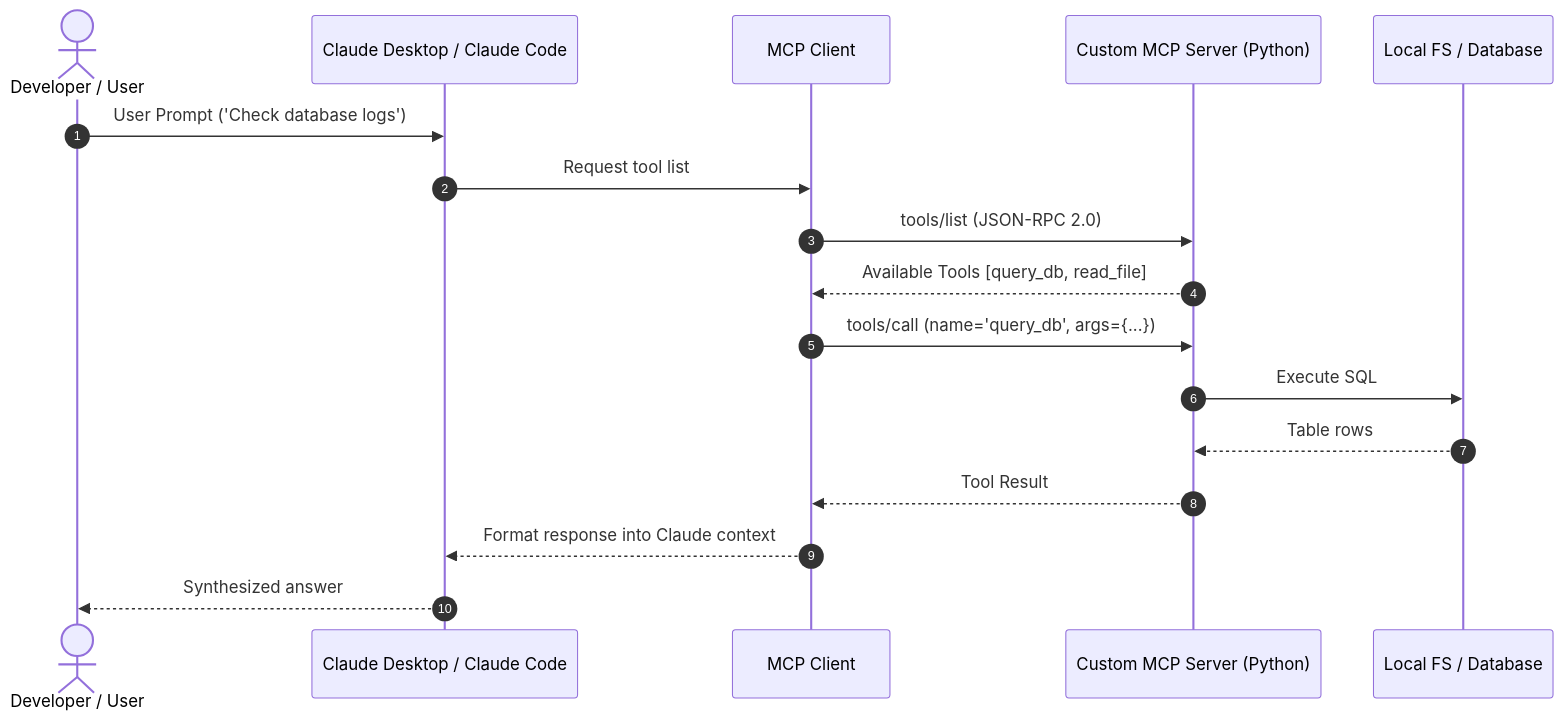
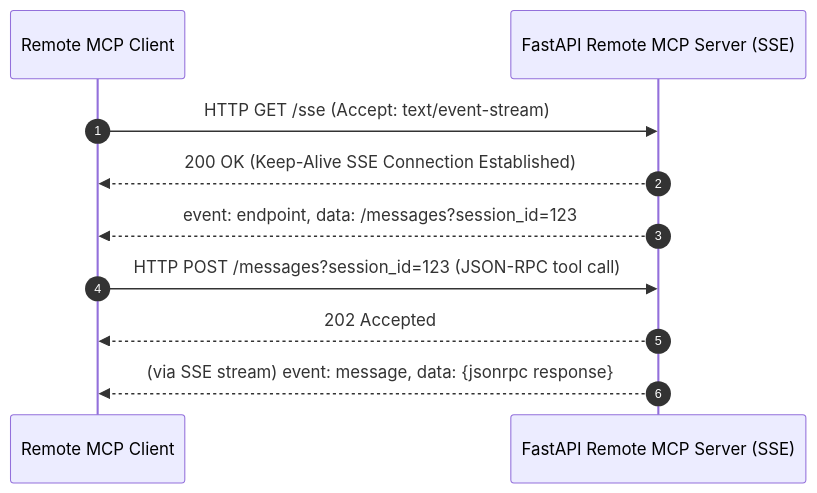
Before and after one commit to DeshDeepakKant/ai-engineering-docs: the diagram in docs/05-mcp-and-claude-code/01-model-context-protocol-campusx/07-how-to-build-deploy-remote-mcp-servers-m.md, drawn with Mermaid. The commit also changed other lines of this file and 182 other files, not shown here.

````diff
--- a/docs/05-mcp-and-claude-code/01-model-context-protocol-campusx/07-how-to-build-deploy-remote-mcp-servers-m.md
+++ b/docs/05-mcp-and-claude-code/01-model-context-protocol-campusx/07-how-to-build-deploy-remote-mcp-servers-m.md
@@ -35,20 +35,14 @@
 ```mermaid
 sequenceDiagram
     autonumber
-    actor Dev as Developer / User
-    participant Host as Claude Desktop / Claude Code
-    participant Client as MCP Client
-    participant Server as Custom MCP Server (Python)
-    participant Resource as Local FS / Database
+    participant Client as Remote MCP Client
+    participant Server as FastAPI Remote MCP Server (SSE)
 
-    Dev->>Host: User Prompt ('Check database logs')
-    Host->>Client: Request tool list
-    Client->>Server: tools/list (JSON-RPC 2.0)
-    Server-->>Client: Available Tools [query_db, read_file]
-    Client->>Server: tools/call (name='query_db', args={...})
-    Server->>Resource: Execute SQL
-    Resource-->>Server: Table rows
-    Server-->>Client: Tool Result
-    Client-->>Host: Format response into Claude context
-    Host-->>Dev: Synthesized answer
+    Client->>Server: HTTP GET /sse (Accept: text/event-stream)
+    Server-->>Client: 200 OK (Keep-Alive SSE Connection Established)
+    Server-->>Client: event: endpoint, data: /messages?session_id=123
+
+    Client->>Server: HTTP POST /messages?session_id=123 (JSON-RPC tool call)
+    Server-->>Client: 202 Accepted
+    Server-->>Client: (via SSE stream) event: message, data: {jsonrpc response}
 ```
````
